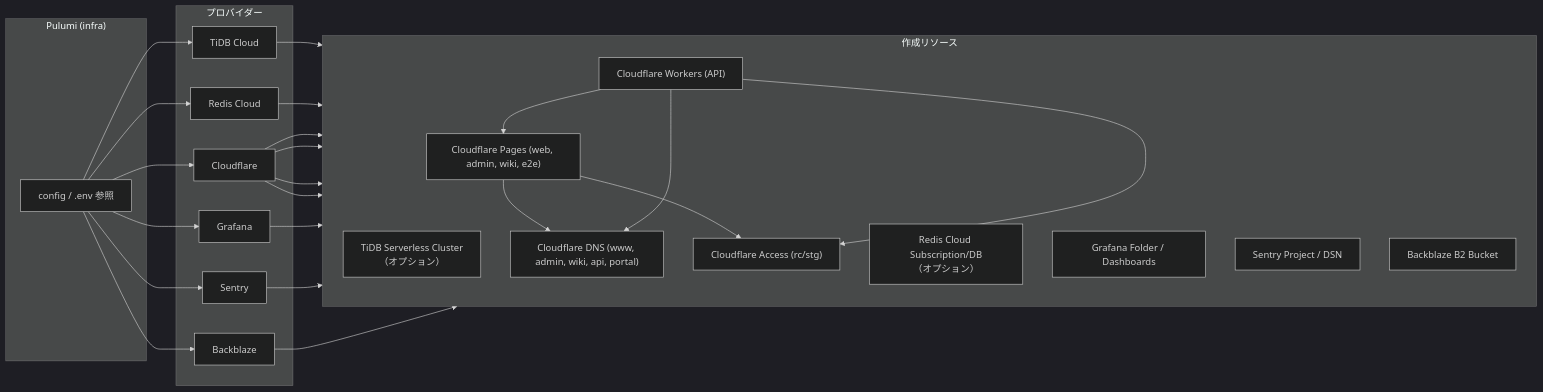
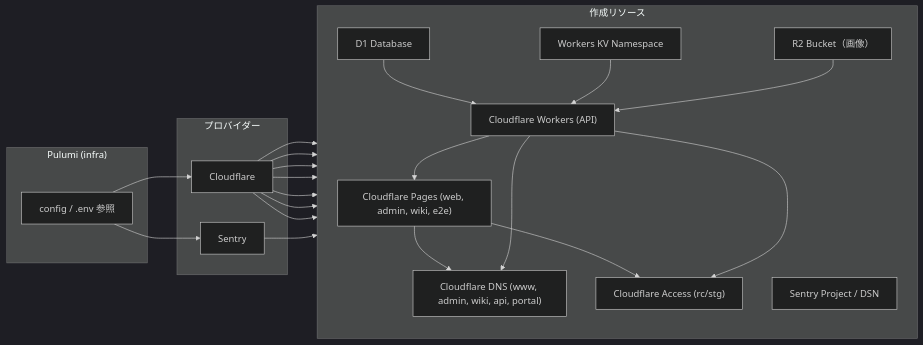
The second of 2 diagrams in docs/architecture/infra-architecture.md (hibi-com/portfolio), drawn with Mermaid (dark theme) before and after one commit. The commit also changed other lines of this file and 42 other files, not shown here.

````diff
--- a/docs/architecture/infra-architecture.md
+++ b/docs/architecture/infra-architecture.md
@@ -54,49 +66,42 @@
 ```mermaid
 flowchart LR
     subgraph Pulumi["Pulumi (infra)"]
         Config["config / .env 参照"]
     end
 
     subgraph Providers["プロバイダー"]
         CF["Cloudflare"]
-        TiDB["TiDB Cloud"]
-        RedisCloud["Redis Cloud"]
-        Grafana["Grafana"]
         Sentry["Sentry"]
-        Backblaze["Backblaze"]
     end
 
     subgraph Resources["作成リソース"]
         direction TB
-        R1["TiDB Serverless Cluster<br/>（オプション）"]
-        R3["Redis Cloud Subscription/DB<br/>（オプション）"]
+        R1["D1 Database"]
+        R2["Workers KV Namespace"]
+        R3["R2 Bucket（画像）"]
         R4["Cloudflare Workers (API)"]
         R5["Cloudflare Pages (web, admin, wiki, e2e)"]
         R6["Cloudflare DNS (www, admin, wiki, api, portal)"]
         R7["Cloudflare Access (rc/stg)"]
-        R8["Grafana Folder / Dashboards"]
-        R9["Sentry Project / DSN"]
-        R10["Backblaze B2 Bucket"]
+        R8["Sentry Project / DSN"]
     end
 
     Config --> CF
-    Config --> TiDB
-    Config --> RedisCloud
-    Config --> Grafana
     Config --> Sentry
-    Config --> Backblaze
-    TiDB --> R1
-    RedisCloud --> R3
+    CF --> R1
+    CF --> R2
+    CF --> R3
     CF --> R4
     CF --> R5
+    R1 --> R4
+    R2 --> R4
+    R3 --> R4
     R4 --> R5
     CF --> R6
     R5 --> R6
     R4 --> R6
     CF --> R7
     R5 --> R7
     R4 --> R7
-    Grafana --> R8
-    Sentry --> R9
-    Backblaze --> R10
+    Sentry --> R8
 ```
````
